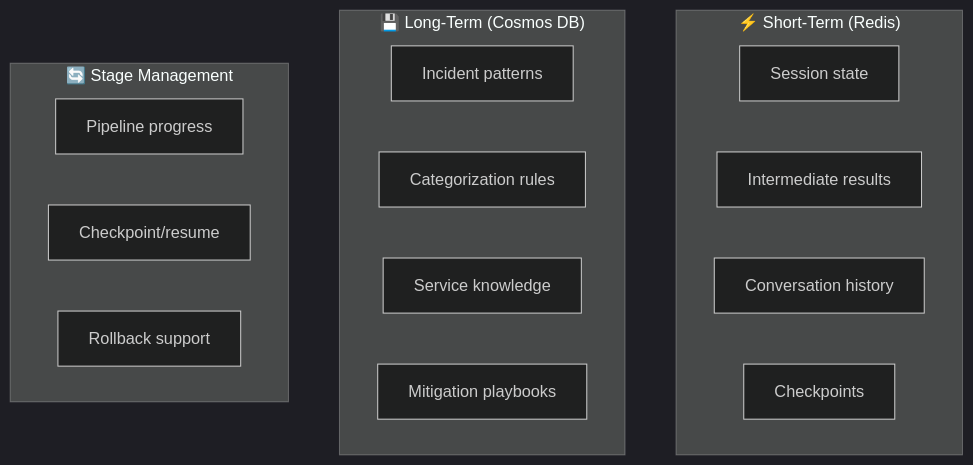
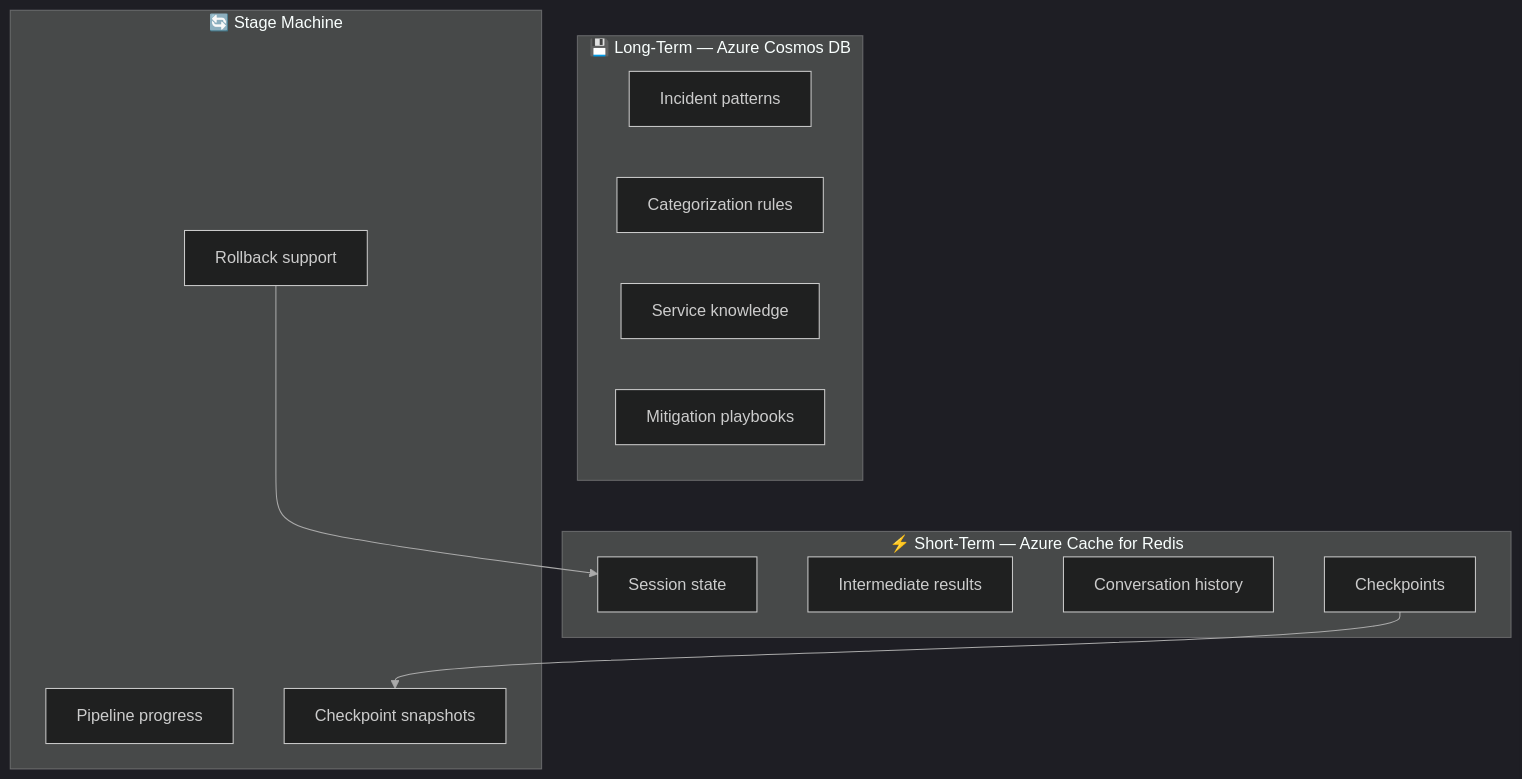
Before and after one commit to thanhauco/agentic-ai-icm-system: the diagram in docs/05-memory-manager.md, drawn with Mermaid. The commit also changed other lines of this file and 1 other file, not shown here.

````diff
--- a/docs/05-memory-manager.md
+++ b/docs/05-memory-manager.md
@@ -13,21 +9,24 @@
 ```mermaid
 %%{init: {'theme': 'dark', 'themeVariables': {'lineColor': '#AAAAAA'}}}%%
 graph TD
-    subgraph ShortTerm["⚡ Short-Term (Redis)"]
+    subgraph ShortTerm["⚡ Short-Term — Azure Cache for Redis"]
         ST1["Session state"]
         ST2["Intermediate results"]
         ST3["Conversation history"]
         ST4["Checkpoints"]
     end
-    subgraph LongTerm["💾 Long-Term (Cosmos DB)"]
+    subgraph LongTerm["💾 Long-Term — Azure Cosmos DB"]
         LT1["Incident patterns"]
         LT2["Categorization rules"]
         LT3["Service knowledge"]
         LT4["Mitigation playbooks"]
     end
-    subgraph StageManagement["🔄 Stage Management"]
+    subgraph StageManagement["🔄 Stage Machine"]
         SM1["Pipeline progress"]
-        SM2["Checkpoint/resume"]
+        SM2["Checkpoint snapshots"]
         SM3["Rollback support"]
     end
+
+    ST4 --> SM2
+    SM3 --> ST1
 ```
````
